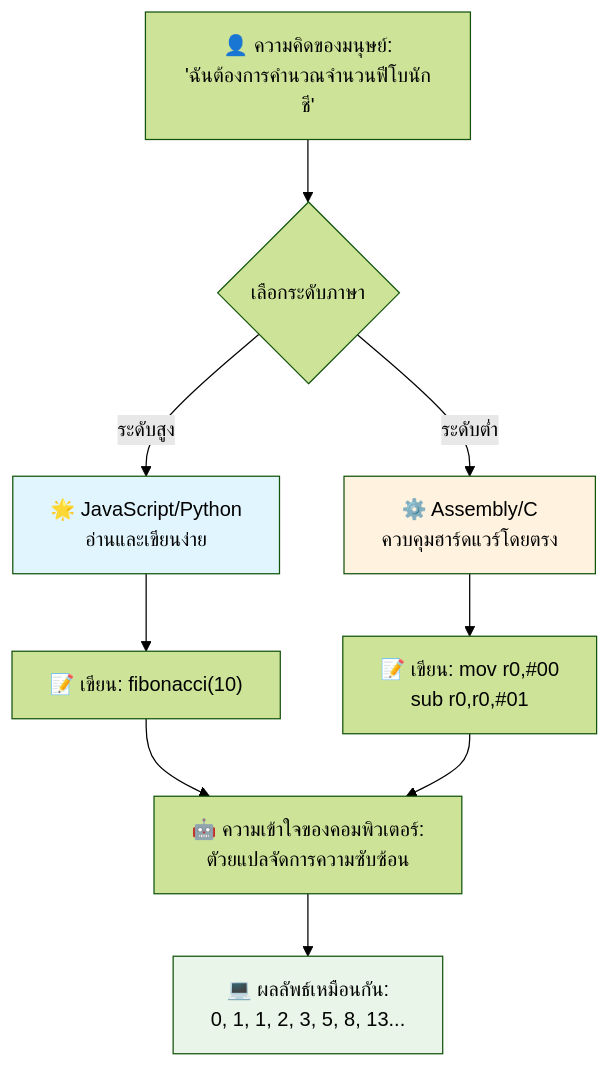
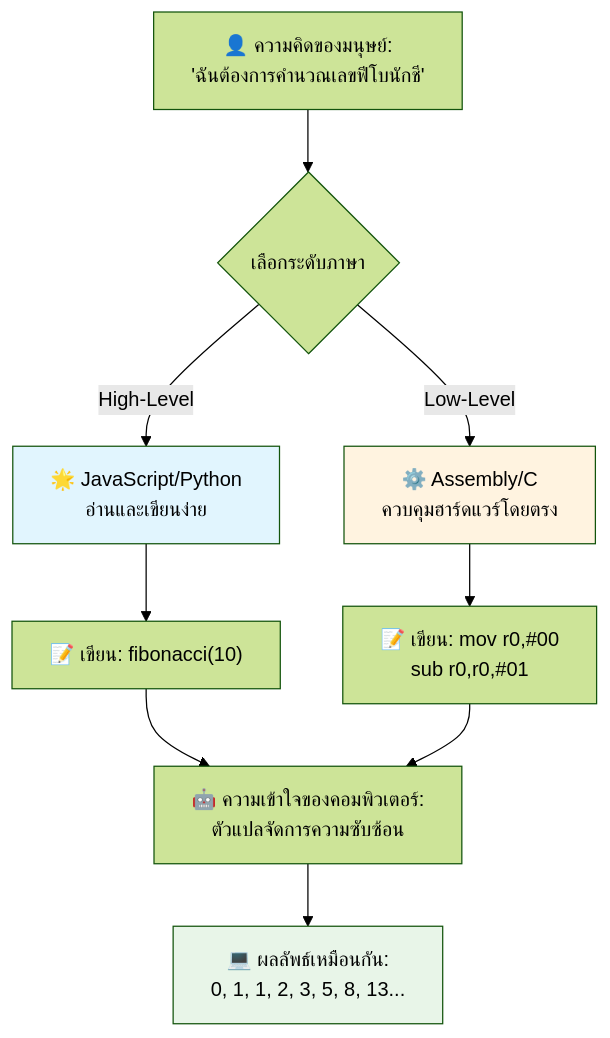
The third of 7 diagrams in translations/th/1-getting-started-lessons/1-intro-to-programming-languages/README.md (microsoft/Web-Dev-For-Beginners), drawn with Mermaid (forest theme) before and after one commit. The commit also changed other lines of this file and 8 other files, not shown here.

````diff
--- a/translations/th/1-getting-started-lessons/1-intro-to-programming-languages/README.md
+++ b/translations/th/1-getting-started-lessons/1-intro-to-programming-languages/README.md
@@ -148,19 +148,19 @@
 ```mermaid
 flowchart TB
-    A["👤 ความคิดของมนุษย์:<br/>'ฉันต้องการคำนวณจำนวนฟีโบนักชี'"] --> B{เลือกระดับภาษา}
+    A["👤 ความคิดของมนุษย์:<br/>'ฉันต้องการคำนวณเลขฟีโบนักชี'"] --> B{เลือกระดับภาษา}
     
-    B -->|ระดับสูง| C["🌟 JavaScript/Python<br/>อ่านและเขียนง่าย"]
-    B -->|ระดับต่ำ| D["⚙️ Assembly/C<br/>ควบคุมฮาร์ดแวร์โดยตรง"]
+    B -->|High-Level| C["🌟 JavaScript/Python<br/>อ่านและเขียนง่าย"]
+    B -->|Low-Level| D["⚙️ Assembly/C<br/>ควบคุมฮาร์ดแวร์โดยตรง"]
     
     C --> E["📝 เขียน: fibonacci(10)"]
     D --> F["📝 เขียน: mov r0,#00<br/>sub r0,r0,#01"]
     
-    E --> G["🤖 ความเข้าใจของคอมพิวเตอร์:<br/>ตัวยแปลจัดการความซับซ้อน"]
+    E --> G["🤖 ความเข้าใจของคอมพิวเตอร์:<br/>ตัวแปลจัดการความซับซ้อน"]
     F --> G
     
     G --> H["💻 ผลลัพธ์เหมือนกัน:<br/>0, 1, 1, 2, 3, 5, 8, 13..."]
     
     style C fill:#e1f5fe
     style D fill:#fff3e0
     style H fill:#e8f5e8
 ```
````
